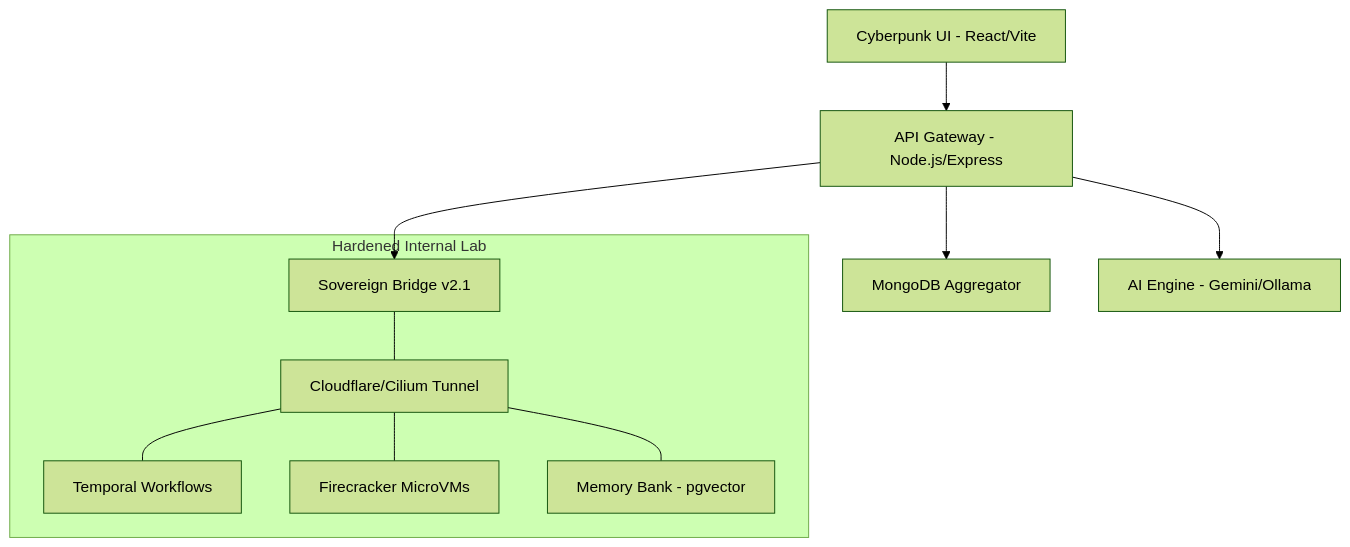
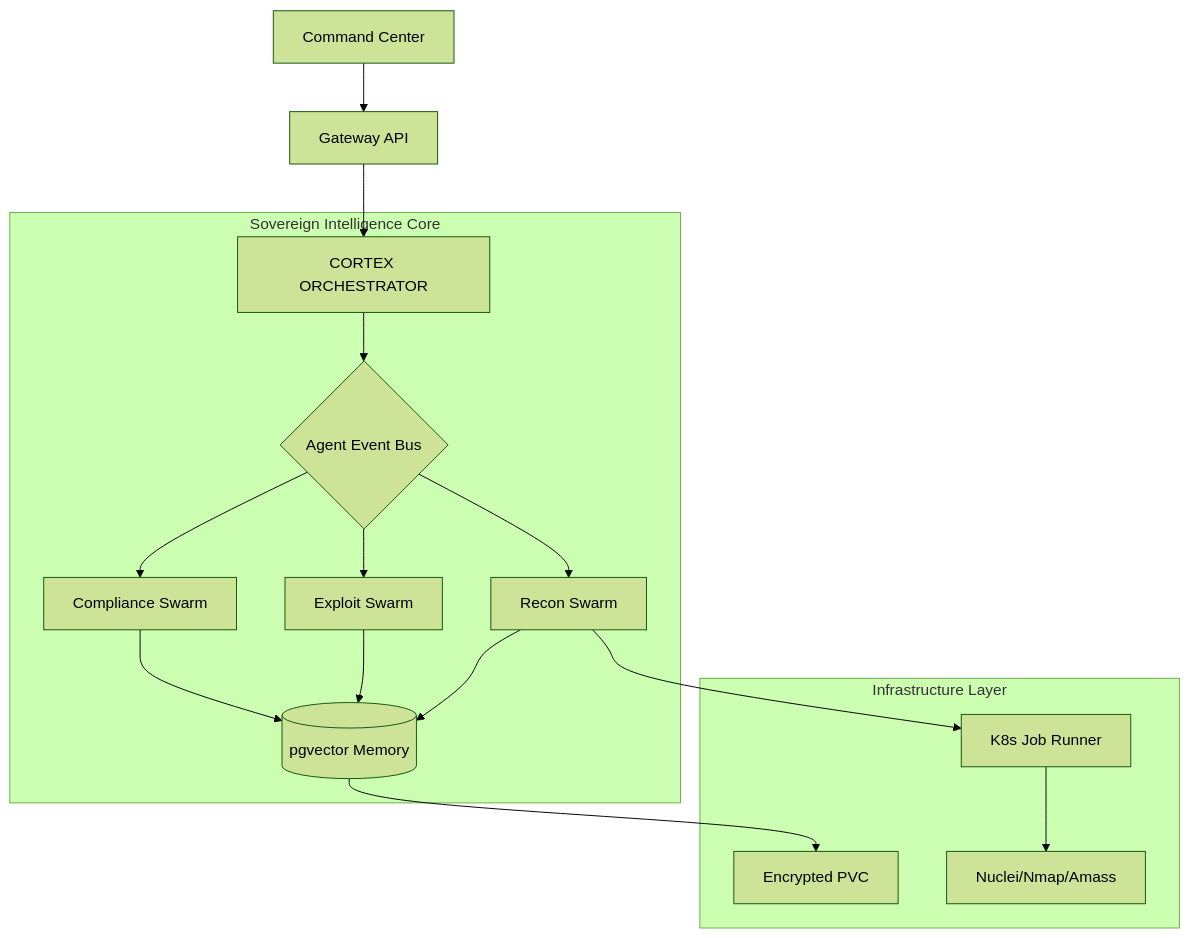
The diagram in README.md (cybertecklabs-labs/Omega-Black-), drawn with Mermaid (forest theme) before and after one commit. The commit also changed other lines of this file and 21 other files, not shown here.

Commit message:
feat: pivot to Autonomous Offensive Security Infrastructure (ASCI) w/ multi-agent swarm & vector memory

````diff
--- a/README.md
+++ b/README.md
@@ -9,14 +49,22 @@
 ```mermaid
 graph TD
-    UI[Cyberpunk UI - React/Vite] --> API[API Gateway - Node.js/Express]
-    API --> DB[MongoDB Aggregator]
-    API --> AI[AI Engine - Gemini/Ollama]
-    API --> Bridge[Sovereign Bridge v2.1]
+    User[Command Center] --> API[Gateway API]
+    API --> Cortex[CORTEX ORCHESTRATOR]
     
-    subgraph "Hardened Internal Lab"
-        Bridge --- Tunnel[Cloudflare/Cilium Tunnel]
-        Tunnel --- Temporal[Temporal Workflows]
-        Tunnel --- Firecracker[Firecracker MicroVMs]
-        Tunnel --- Vector[Memory Bank - pgvector]
+    subgraph "Sovereign Intelligence Core"
+        Cortex --> Bus{Agent Event Bus}
+        Bus --> Recon[Recon Swarm]
+        Bus --> Exploit[Exploit Swarm]
+        Bus --> Audit[Compliance Swarm]
+        
+        Recon --> VectorDB[(pgvector Memory)]
+        Exploit --> VectorDB
+        Audit --> VectorDB
+    end
+    
+    subgraph "Infrastructure Layer"
+        VectorDB --> Storage[Encrypted PVC]
+        Recon --> K8s[K8s Job Runner]
+        K8s --> Scan[Nuclei/Nmap/Amass]
     end
 ```
````
